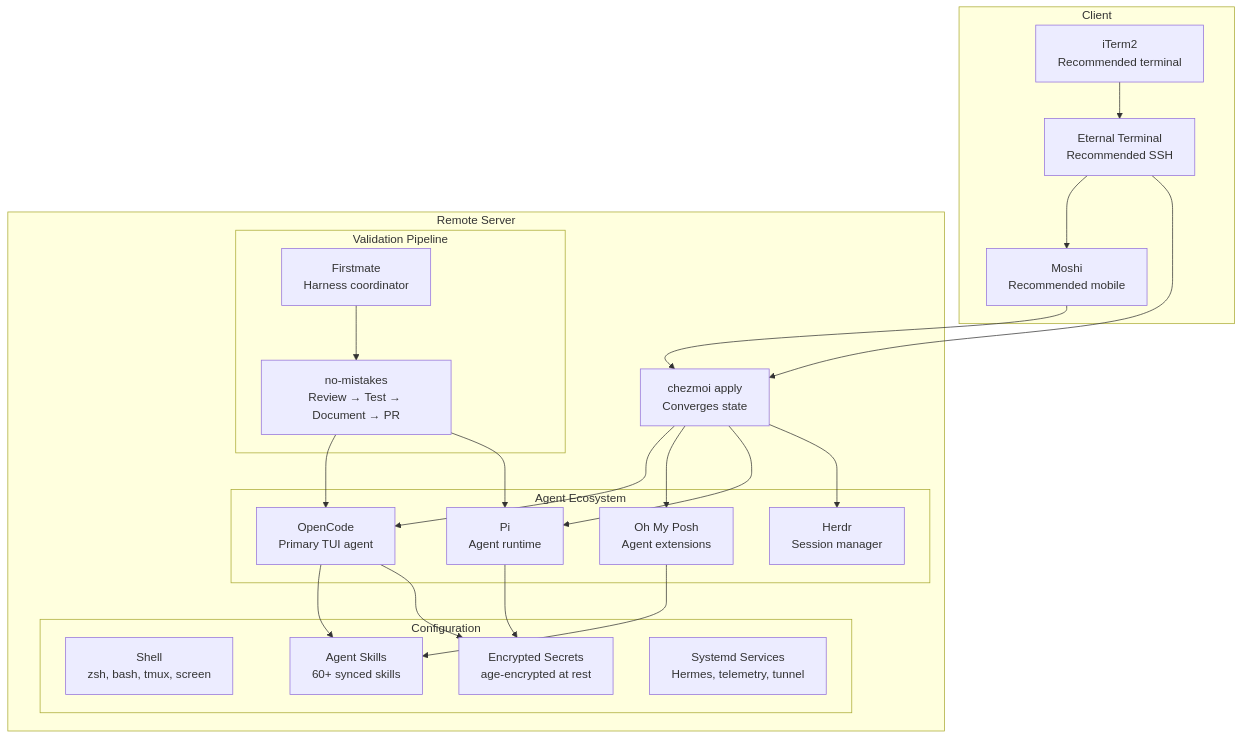
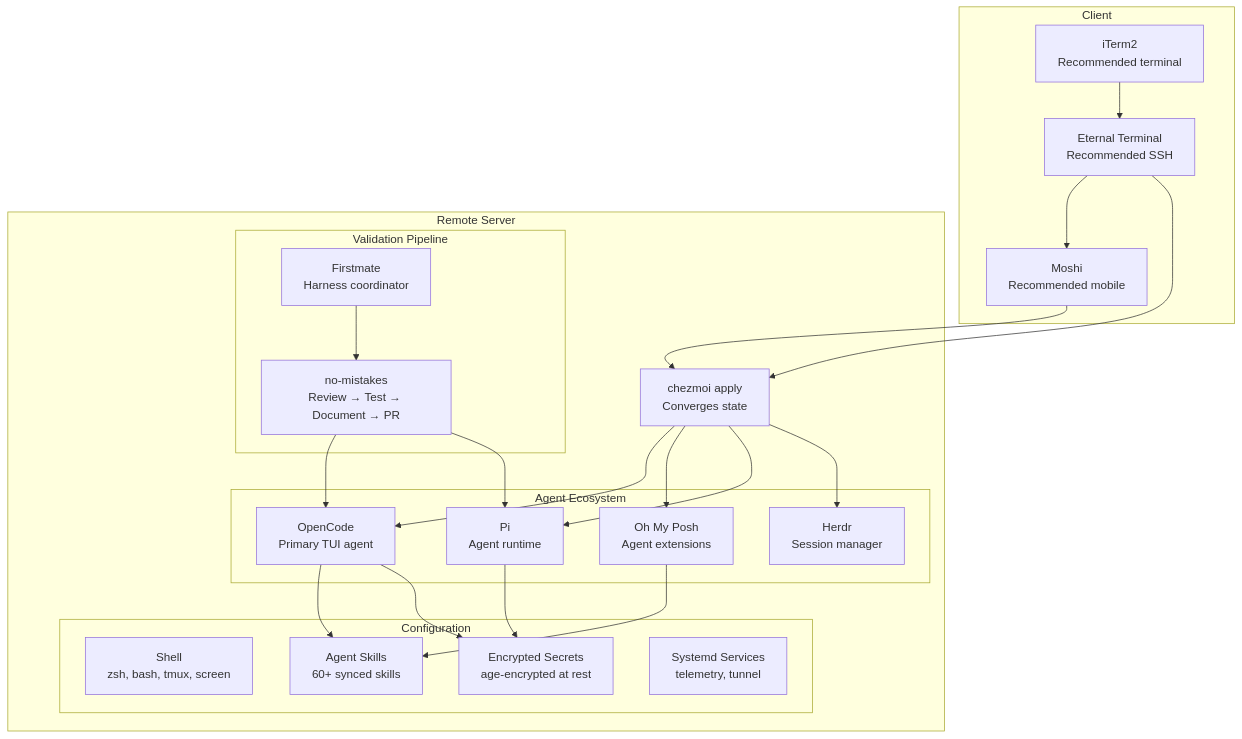
The diagram in README.md (phillias/dotfiles), drawn with Mermaid before and after one commit. The commit also changed other lines of this file and 10 other files, not shown here.

````diff
--- a/README.md
+++ b/README.md
@@ -11,49 +11,49 @@
 ```mermaid
 flowchart TD
     subgraph CLIENT["Client"]
         I["iTerm2<br/>Recommended terminal"]
         E["Eternal Terminal<br/>Recommended SSH"]
         M["Moshi<br/>Recommended mobile"]
     end
 
     subgraph SERVER["Remote Server"]
         C["chezmoi apply<br/>Converges state"]
 
         subgraph AGENTS["Agent Ecosystem"]
             OC["OpenCode<br/>Primary TUI agent"]
             OMP["Oh My Posh<br/>Agent extensions"]
             P["Pi<br/>Agent runtime"]
             H["Herdr<br/>Session manager"]
         end
 
         subgraph CONFIG["Configuration"]
             S["Shell<br/>zsh, bash, tmux, screen"]
             SK["Agent Skills<br/>60+ synced skills"]
             SEC["Encrypted Secrets<br/>age-encrypted at rest"]
-            SYSD["Systemd Services<br/>Hermes, telemetry, tunnel"]
+            SYSD["Systemd Services<br/>telemetry, tunnel"]
         end
 
         subgraph VALIDATION["Validation Pipeline"]
             NM["no-mistakes<br/>Review → Test → Document → PR"]
             FM["Firstmate<br/>Harness coordinator"]
         end
     end
 
     I --> E --> M
     E --> C
     M --> C
 
     C --> OC
     C --> OMP
     C --> P
     C --> H
 
     OC --> SK
     OC --> SEC
     OMP --> SK
     P --> SEC
 
     FM --> NM
     NM --> OC
     NM --> P
 ```
````
